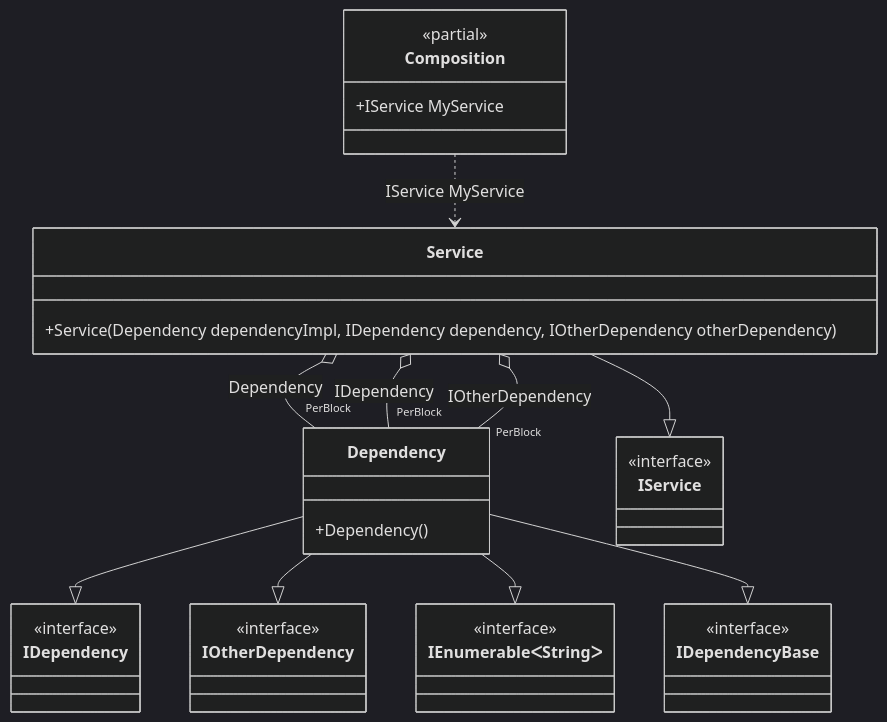
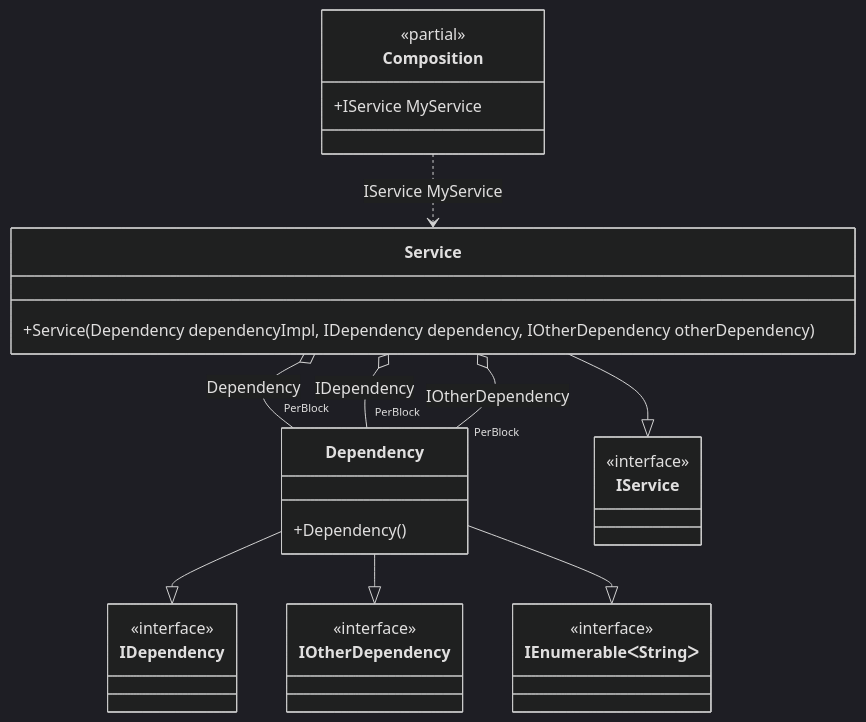
One commit to DevTeam/Pure.DI changed the diagram in readme/simplified-binding.md. Above: the diagram before and after it, drawn with Mermaid (dark theme). The commit also changed other lines of this file and 14 other files, not shown here.

````diff
--- a/readme/simplified-binding.md
+++ b/readme/simplified-binding.md
@@ -126,37 +126,33 @@
 ```mermaid
 classDiagram
 	class Composition {
 		<<partial>>
 		+IService MyService
 	}
 	Dependency --|> IDependency
 	Dependency --|> IOtherDependency
 	Dependency --|> IEnumerableᐸStringᐳ
-	Dependency --|> IDependencyBase
 	class Dependency {
 		+Dependency()
 	}
 	Service --|> IService
 	class Service {
 		+Service(Dependency dependencyImpl, IDependency dependency, IOtherDependency otherDependency)
 	}
 	class IDependency {
 		<<interface>>
 	}
 	class IOtherDependency {
 		<<interface>>
 	}
 	class IEnumerableᐸStringᐳ {
 		<<interface>>
 	}
-	class IDependencyBase {
-		<<interface>>
-	}
 	class IService {
 		<<interface>>
 	}
 	Service o-- "PerBlock" Dependency : Dependency
 	Service o-- "PerBlock" Dependency : IDependency
 	Service o-- "PerBlock" Dependency : IOtherDependency
 	Composition ..> Service : IService MyService
 ```
````
